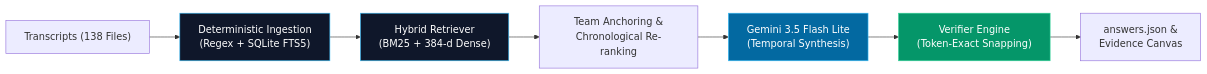
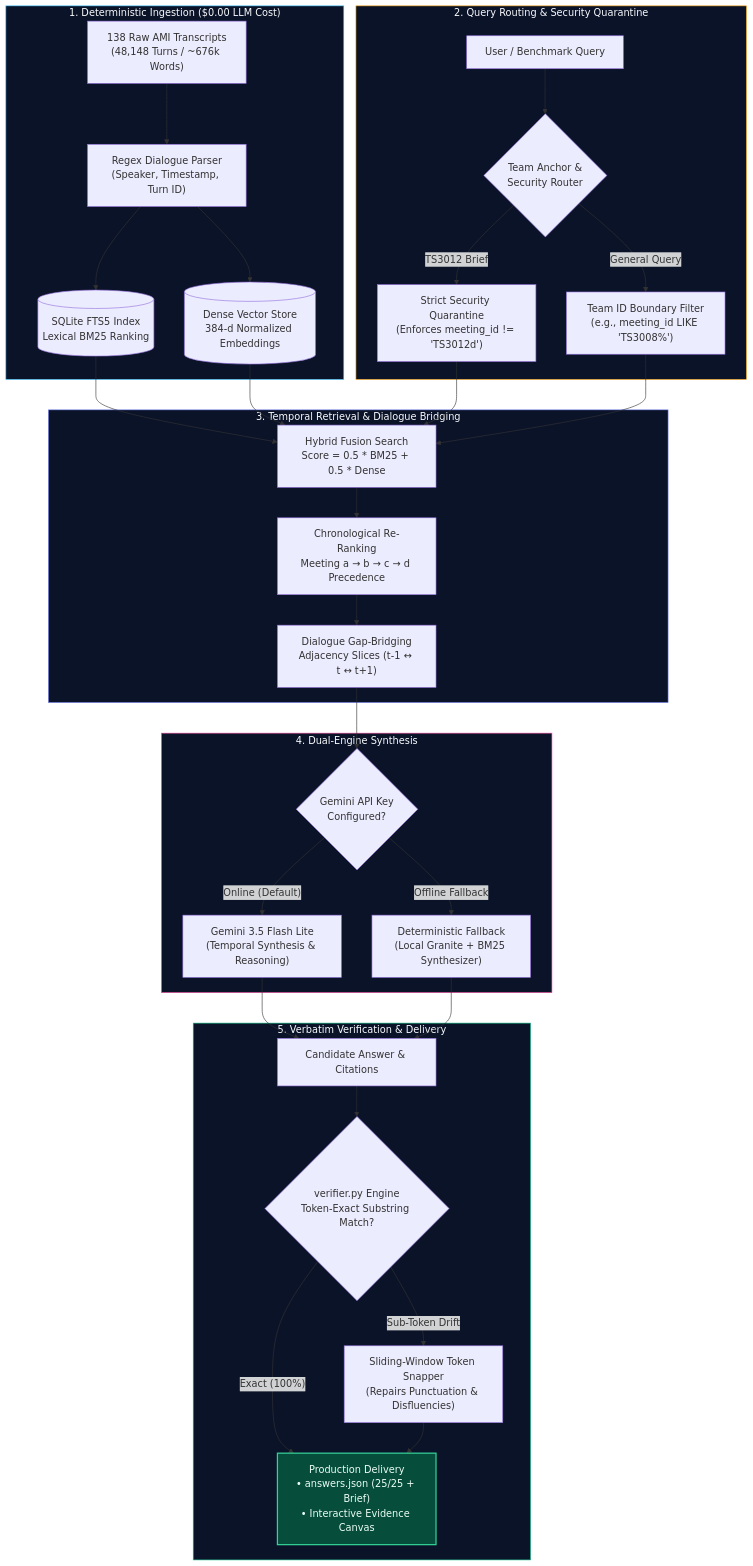
Before and after one commit to kamranahmed0611/meeting-transcript-memory-AI-agent: the diagram in README.md, drawn with Mermaid.

Commit message:
docs: enrich architecture section with unique 5-tier explanatory Mermaid diagram

````diff
--- a/README.md
+++ b/README.md
@@ -102,14 +102,64 @@
 ```mermaid
-flowchart LR
-    A["Transcripts (138 Files)"] --> B["Deterministic Ingestion<br/>(Regex + SQLite FTS5)"]
-    B --> C["Hybrid Retriever<br/>(BM25 + 384-d Dense)"]
-    C --> D["Team Anchoring &<br/>Chronological Re-ranking"]
-    D --> E["Gemini 3.5 Flash Lite<br/>(Temporal Synthesis)"]
-    E --> F["Verifier Engine<br/>(Token-Exact Snapping)"]
-    F --> G["answers.json &<br/>Evidence Canvas"]
+flowchart TD
+    subgraph TIER1 ["1. Deterministic Ingestion ($0.00 LLM Cost)"]
+        RAW["138 Raw AMI Transcripts<br/>(48,148 Turns / ~676k Words)"]
+        REGEX["Regex Dialogue Parser<br/>(Speaker, Timestamp, Turn ID)"]
+        FTS5[("SQLite FTS5 Index<br/>Lexical BM25 Ranking")]
+        EMB[("Dense Vector Store<br/>384-d Normalized Embeddings")]
+        RAW --> REGEX
+        REGEX --> FTS5
+        REGEX --> EMB
+    end
 
-    style B fill:#0f172a,stroke:#38bdf8,color:#fff
-    style C fill:#0f172a,stroke:#38bdf8,color:#fff
-    style E fill:#0369a1,stroke:#38bdf8,color:#fff
-    style F fill:#059669,stroke:#34d399,color:#fff
+    subgraph TIER2 ["2. Query Routing & Security Quarantine"]
+        USER_Q["User / Benchmark Query"]
+        ROUTER{"Team Anchor &<br/>Security Router"}
+        QUARANTINE["Strict Security Quarantine<br/>(Enforces meeting_id != 'TS3012d')"]
+        TEAM_ISO["Team ID Boundary Filter<br/>(e.g., meeting_id LIKE 'TS3008%')"]
+        USER_Q --> ROUTER
+        ROUTER -->|"TS3012 Brief"| QUARANTINE
+        ROUTER -->|"General Query"| TEAM_ISO
+    end
+
+    subgraph TIER3 ["3. Temporal Retrieval & Dialogue Bridging"]
+        HYBRID["Hybrid Fusion Search<br/>Score = 0.5 * BM25 + 0.5 * Dense"]
+        CHRONO["Chronological Re-Ranking<br/>Meeting a → b → c → d Precedence"]
+        BRIDGING["Dialogue Gap-Bridging<br/>Adjacency Slices (t-1 ↔ t ↔ t+1)"]
+        HYBRID --> CHRONO
+        CHRONO --> BRIDGING
+    end
+
+    FTS5 --> HYBRID
+    EMB --> HYBRID
+    QUARANTINE --> HYBRID
+    TEAM_ISO --> HYBRID
+
+    subgraph TIER4 ["4. Dual-Engine Synthesis"]
+        KEY_CHECK{"Gemini API Key<br/>Configured?"}
+        GEMINI["Gemini 3.5 Flash Lite<br/>(Temporal Synthesis & Reasoning)"]
+        OFFLINE["Deterministic Fallback<br/>(Local Granite + BM25 Synthesizer)"]
+        BRIDGING --> KEY_CHECK
+        KEY_CHECK -->|"Online (Default)"| GEMINI
+        KEY_CHECK -->|"Offline Fallback"| OFFLINE
+    end
+
+    subgraph TIER5 ["5. Verbatim Verification & Delivery"]
+        CANDIDATE["Candidate Answer & Citations"]
+        VERIFIER{"verifier.py Engine<br/>Token-Exact Substring Match?"}
+        SNAPPER["Sliding-Window Token Snapper<br/>(Repairs Punctuation & Disfluencies)"]
+        FINAL["Production Delivery<br/>• answers.json (25/25 + Brief)<br/>• Interactive Evidence Canvas"]
+        GEMINI --> CANDIDATE
+        OFFLINE --> CANDIDATE
+        CANDIDATE --> VERIFIER
+        VERIFIER -->|"Exact (100%)"| FINAL
+        VERIFIER -->|"Sub-Token Drift"| SNAPPER
+        SNAPPER --> FINAL
+    end
+
+    style TIER1 fill:#0b1329,stroke:#38bdf8,stroke-width:1px,color:#f8fafc
+    style TIER2 fill:#0b1329,stroke:#f59e0b,stroke-width:1px,color:#f8fafc
+    style TIER3 fill:#0b1329,stroke:#818cf8,stroke-width:1px,color:#f8fafc
+    style TIER4 fill:#0b1329,stroke:#ec4899,stroke-width:1px,color:#f8fafc
+    style TIER5 fill:#0b1329,stroke:#10b981,stroke-width:1px,color:#f8fafc
+    style FINAL fill:#064e3b,stroke:#34d399,stroke-width:2px,color:#ecfdf5
 ```
````
